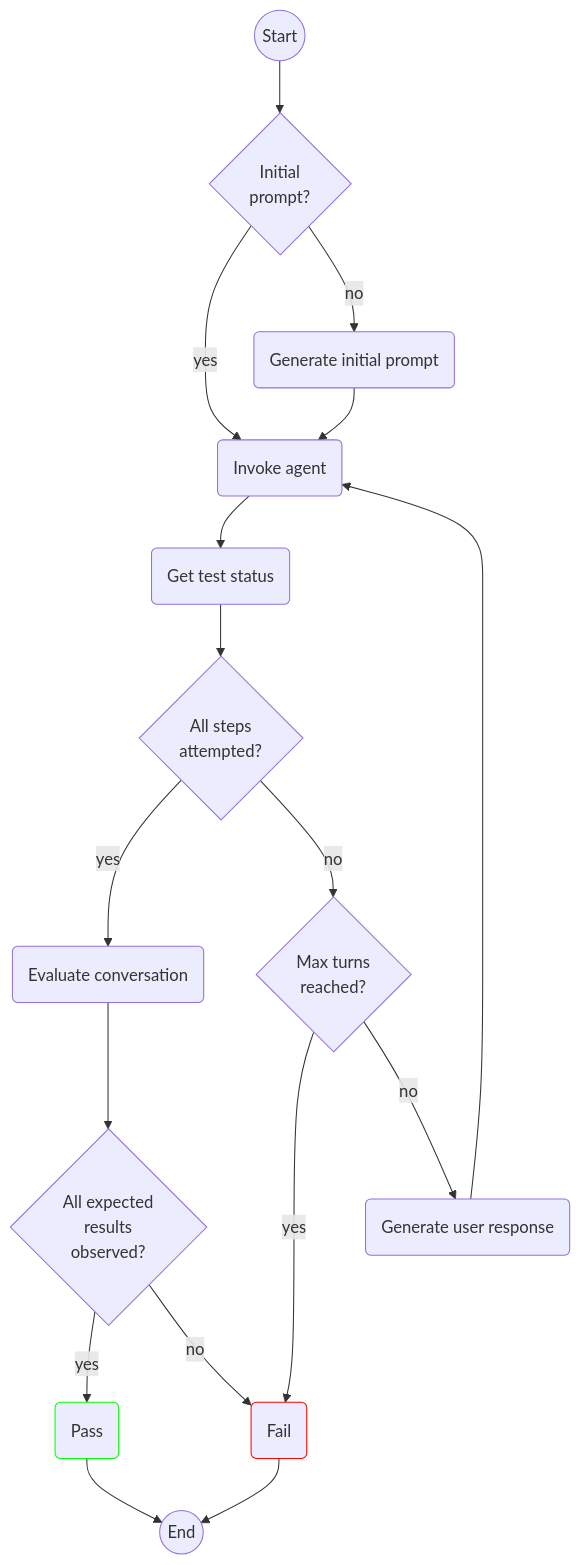
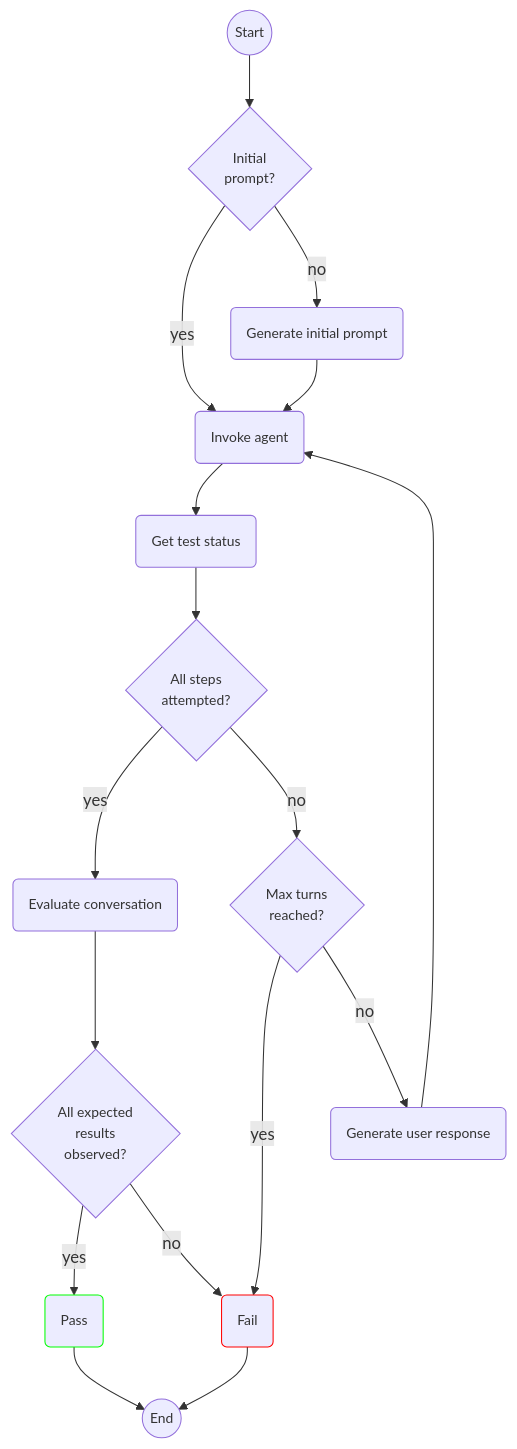
Before and after one commit to awslabs/agent-evaluation: the diagram in docs/evaluators/index.md, drawn with Mermaid. The commit also changed other lines of this file and 16 other files, not shown here.

````diff
--- a/docs/evaluators/index.md
+++ b/docs/evaluators/index.md
@@ -5,21 +5,23 @@
 ``` mermaid
 graph TD
+  classDef nodeText font-size:10pt;
   A((Start)) --> B{Initial<br>prompt?}
   B -->|yes| C(Invoke agent)
   B -->|no| D(Generate initial prompt)
   D --> C
   C --> E(Get test status)
   E --> F{All steps<br>attempted?}  
   F --> |yes| G(Evaluate conversation)
   F --> |no| H{Max turns<br>reached?}
   H --> |yes| I(Fail)
-  style I stroke:#f00
   H --> |no| J(Generate user response)
   J --> C
   G --> K{All expected<br>results<br>observed?}
   K --> |yes| L(Pass)
-  style L stroke:#0f0
   K --> |no| I(Fail)
   I --> M((End))
   L --> M
+  class A,B,C,D,E,F,G,H,I,J,K,L,M nodeText;
+  style I stroke:#f00
+  style L stroke:#0f0
 ```
````
